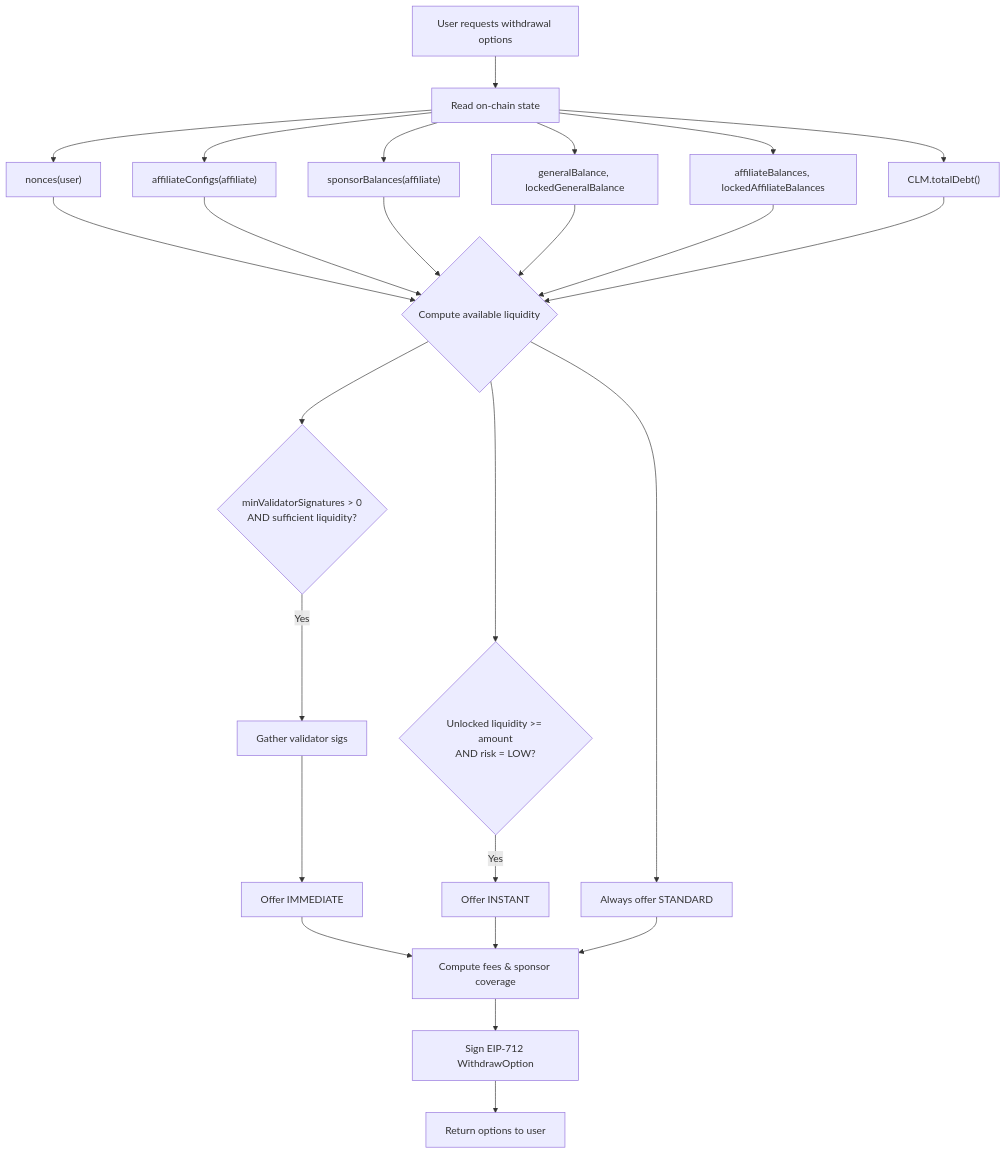
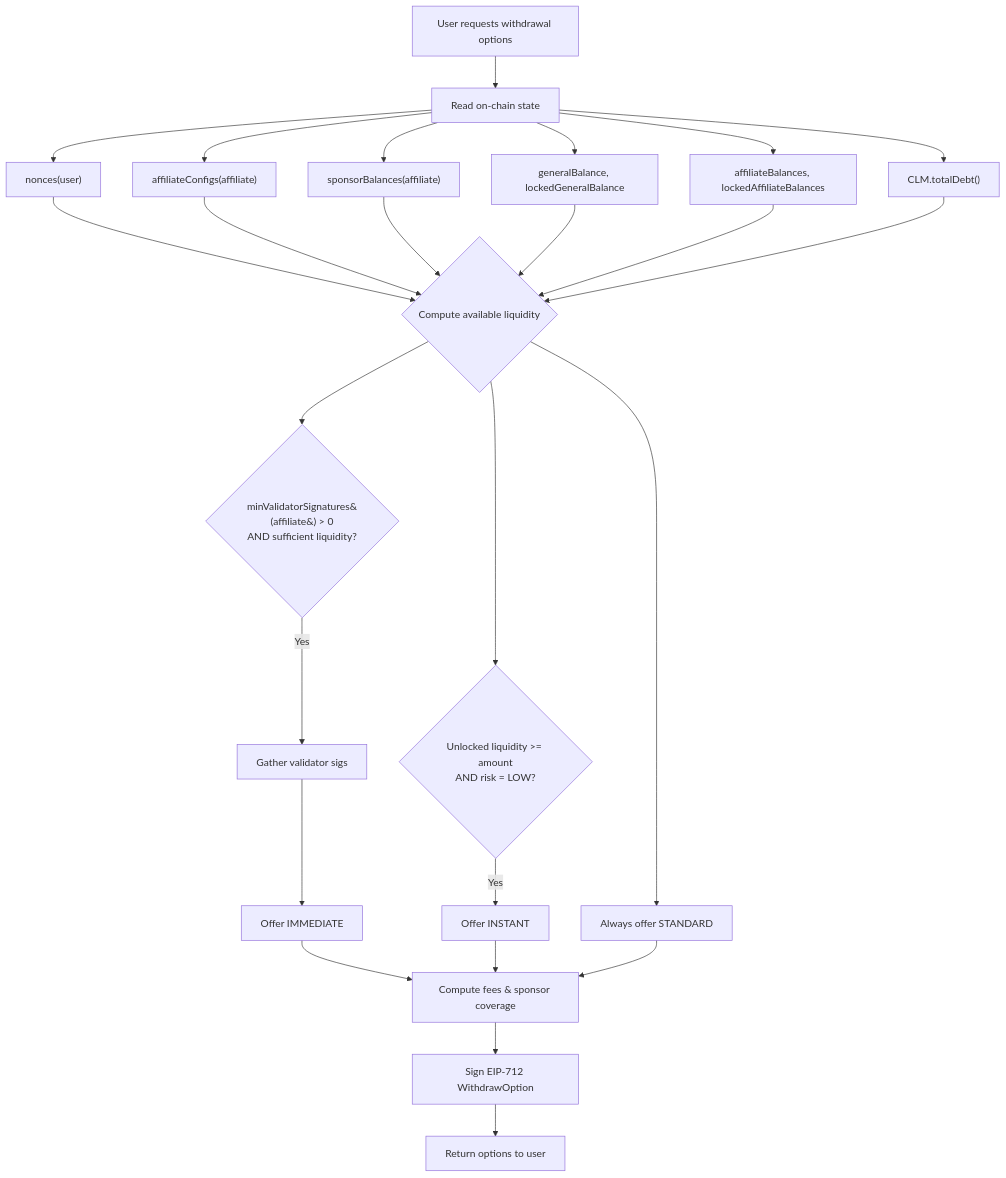
Before and after one commit to SYMM-IO/perps-core: the seventh of 29 diagrams in docs/v0.8.6/express-bot-operations-checklist.md, drawn with Mermaid. The commit also changed other lines of this file and 1 other file, not shown here.

Commit message:
docs: update validator references to per-affiliate system

````diff
--- a/docs/v0.8.6/express-bot-operations-checklist.md
+++ b/docs/v0.8.6/express-bot-operations-checklist.md
@@ -840,25 +840,25 @@
 ```mermaid
 flowchart TD
     A[User requests withdrawal options] --> B[Read on-chain state]
     B --> B1["nonces(user)"]
     B --> B2["affiliateConfigs(affiliate)"]
     B --> B3["sponsorBalances(affiliate)"]
     B --> B4["generalBalance, lockedGeneralBalance"]
     B --> B5["affiliateBalances, lockedAffiliateBalances"]
     B --> B6["CLM.totalDebt()"]
 
     B1 & B2 & B3 & B4 & B5 & B6 --> C{Compute available liquidity}
 
-    C --> D{minValidatorSignatures > 0\nAND sufficient liquidity?}
+    C --> D{minValidatorSignatures&#40;affiliate&#41; > 0\nAND sufficient liquidity?}
     D -->|Yes| D1[Gather validator sigs]
     D1 --> D2[Offer IMMEDIATE]
 
     C --> E{Unlocked liquidity >= amount\nAND risk = LOW?}
     E -->|Yes| E1[Offer INSTANT]
 
     C --> G[Always offer STANDARD]
 
     D2 & E1 & G --> H[Compute fees & sponsor coverage]
     H --> I[Sign EIP-712 WithdrawOption]
     I --> J[Return options to user]
 ```
````
